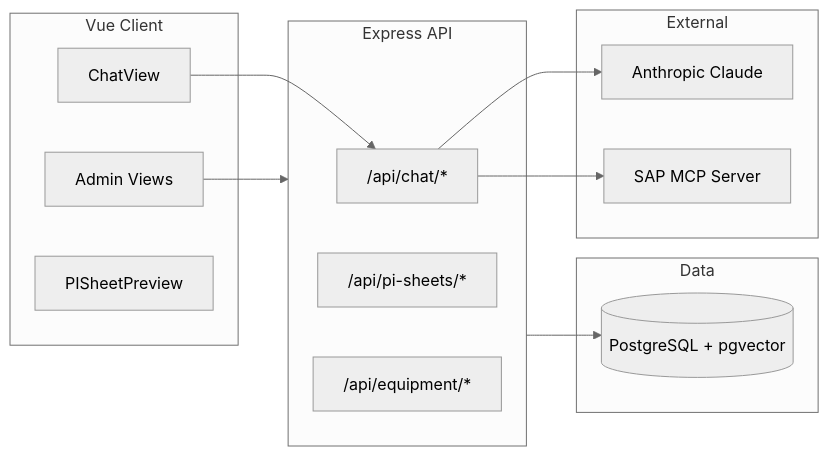
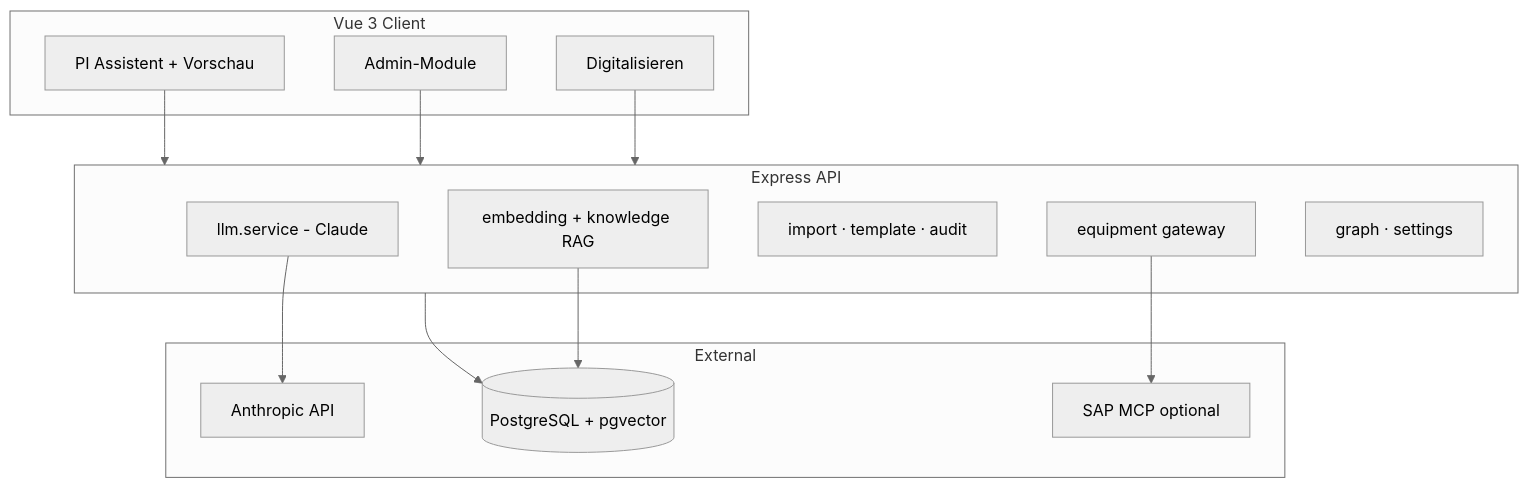
The diagram in docs/DOCUMENTATION.md (schmeckm/pi-sheet-generator), drawn with Mermaid (neutral theme) before and after one commit. The commit also changed other lines of this file and 50 other files, not shown here.

First line of the commit message:
feat: EWM/HU XSteps, GMP close-out, plant explorer, graph improvements

````diff
--- a/docs/DOCUMENTATION.md
+++ b/docs/DOCUMENTATION.md
@@ -149,25 +154,27 @@
 ```mermaid
-flowchart LR
-  subgraph client [Vue Client]
-    Chat[ChatView]
-    Admin[Admin Views]
-    Preview[PISheetPreview]
+flowchart TB
+  subgraph ui [Vue 3 Client]
+    Chat[PI Assistent + Vorschau]
+    Admin[Admin-Module]
+    Dig[Digitalisieren]
   end
   subgraph api [Express API]
-    ChatAPI["/api/chat/*"]
-    PiAPI["/api/pi-sheets/*"]
-    EquipAPI["/api/equipment/*"]
+    LLM[llm.service - Claude]
+    RAG[embedding + knowledge RAG]
+    Imp[import · template · audit]
+    Equ[equipment gateway]
+    Graph[graph · settings]
   end
-  subgraph data [Data]
+  subgraph ext [External]
+    Claude[Anthropic API]
+    MCP[SAP MCP optional]
     PG[(PostgreSQL + pgvector)]
   end
-  subgraph external [External]
-    Claude[Anthropic Claude]
-    MCP[SAP MCP Server]
-  end
-  Chat --> ChatAPI
+  Chat --> api
   Admin --> api
-  ChatAPI --> Claude
-  ChatAPI --> MCP
+  Dig --> api
+  LLM --> Claude
+  Equ --> MCP
   api --> PG
+  RAG --> PG
 ```
````
